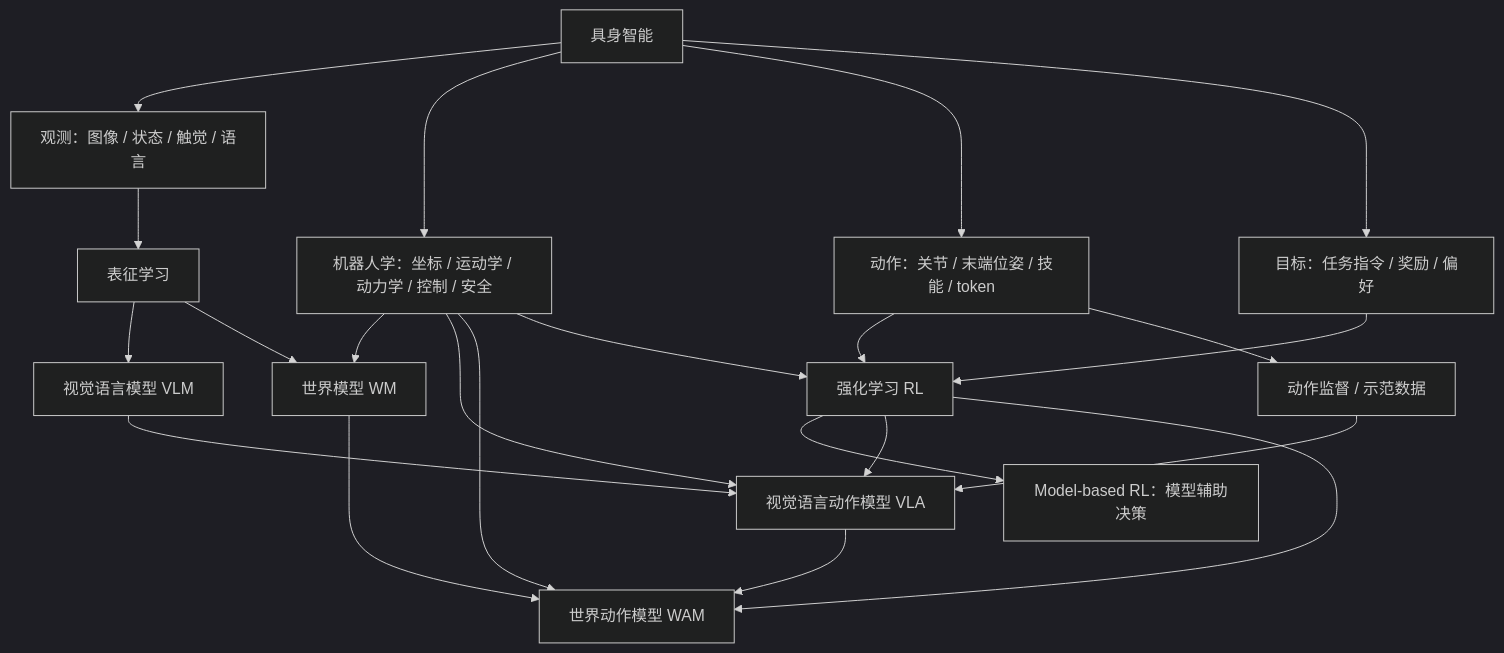
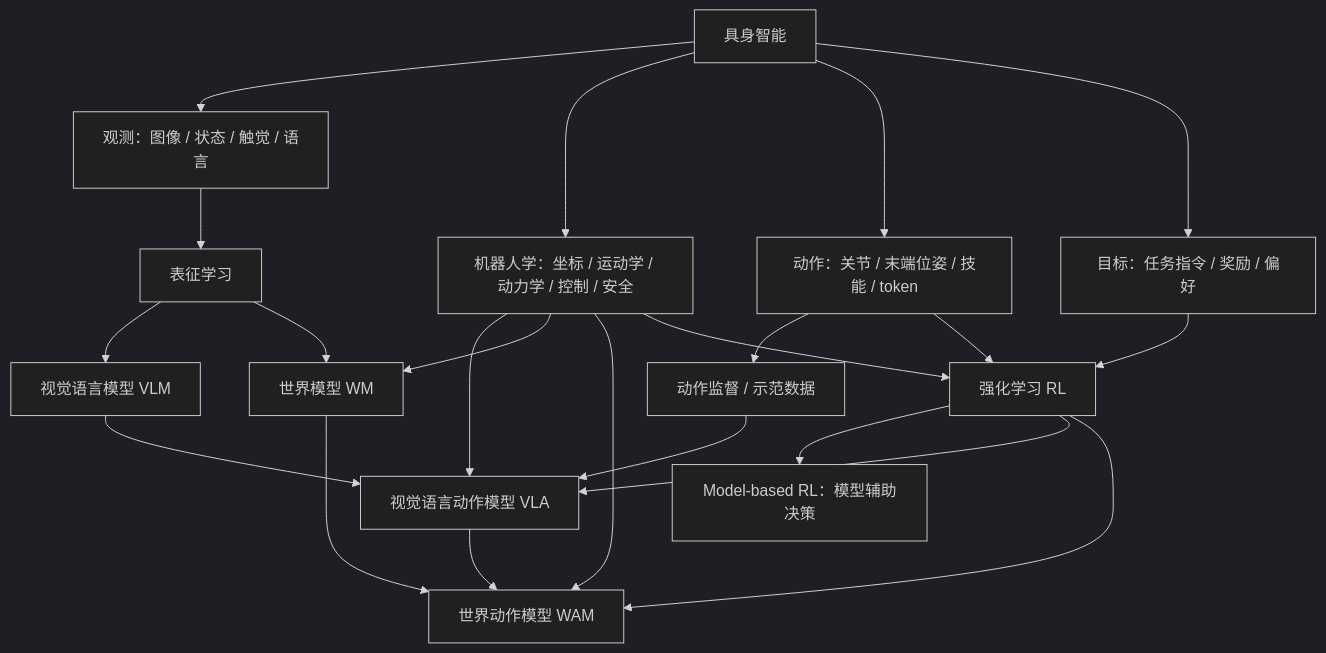
The second of 8 diagrams in docs/knowledge-map.md (Faraday-2024/Embodied-AI-Start), drawn with Mermaid (dark theme) before and after one commit.

````diff
--- a/docs/knowledge-map.md
+++ b/docs/knowledge-map.md
@@ -27,28 +27,14 @@
 ```mermaid
 flowchart TD
-    ROOT["具身智能"] --> OBS["观测：图像 / 状态 / 触觉 / 语言"]
-    ROOT --> ROB["机器人学：坐标 / 运动学 / 动力学 / 控制 / 安全"]
-    ROOT --> ACT["动作：关节 / 末端位姿 / 技能 / token"]
-    ROOT --> OBJ["目标：任务指令 / 奖励 / 偏好"]
-
+    ROOT["具身智能"] --> OBS["观测：图像 / 状态 / 触觉 / 语言"] & ROB["机器人学：坐标 / 运动学 / 动力学 / 控制 / 安全"] & ACT["动作：关节 / 末端位姿 / 技能 / token"] & OBJ["目标：任务指令 / 奖励 / 偏好"]
     OBS --> REP["表征学习"]
-    REP --> VLM["视觉语言模型 VLM"]
-    REP --> WM["世界模型 WM"]
-
+    REP --> VLM["视觉语言模型 VLM"] & WM["世界模型 WM"]
     VLM --> VLA["视觉语言动作模型 VLA"]
     WM --> WAM["世界动作模型 WAM"]
     VLA --> WAM
-
+    ACT --> SUP["动作监督 / 示范数据"] & RL["强化学习 RL"]
     OBJ --> RL
-    ACT --> RL["强化学习 RL"]
-    ACT --> SUP["动作监督 / 示范数据"]
-    RL --> MBRL["Model-based RL：模型辅助决策"]
-
+    RL --> MBRL["Model-based RL：模型辅助决策"] & VLA & WAM
     SUP --> VLA
-    RL --> VLA
-    RL --> WAM
-    ROB --> WM
-    ROB --> VLA
-    ROB --> WAM
-    ROB --> RL
+    ROB --> VLA & WM & WAM & RL
 ```
````
